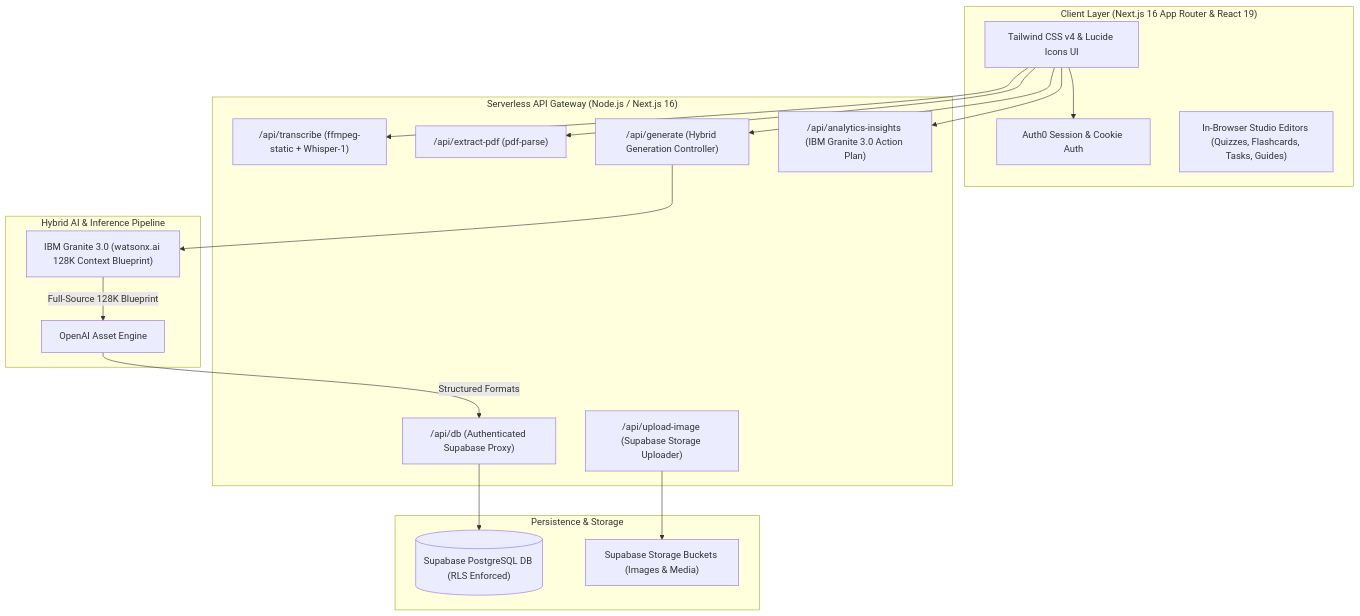
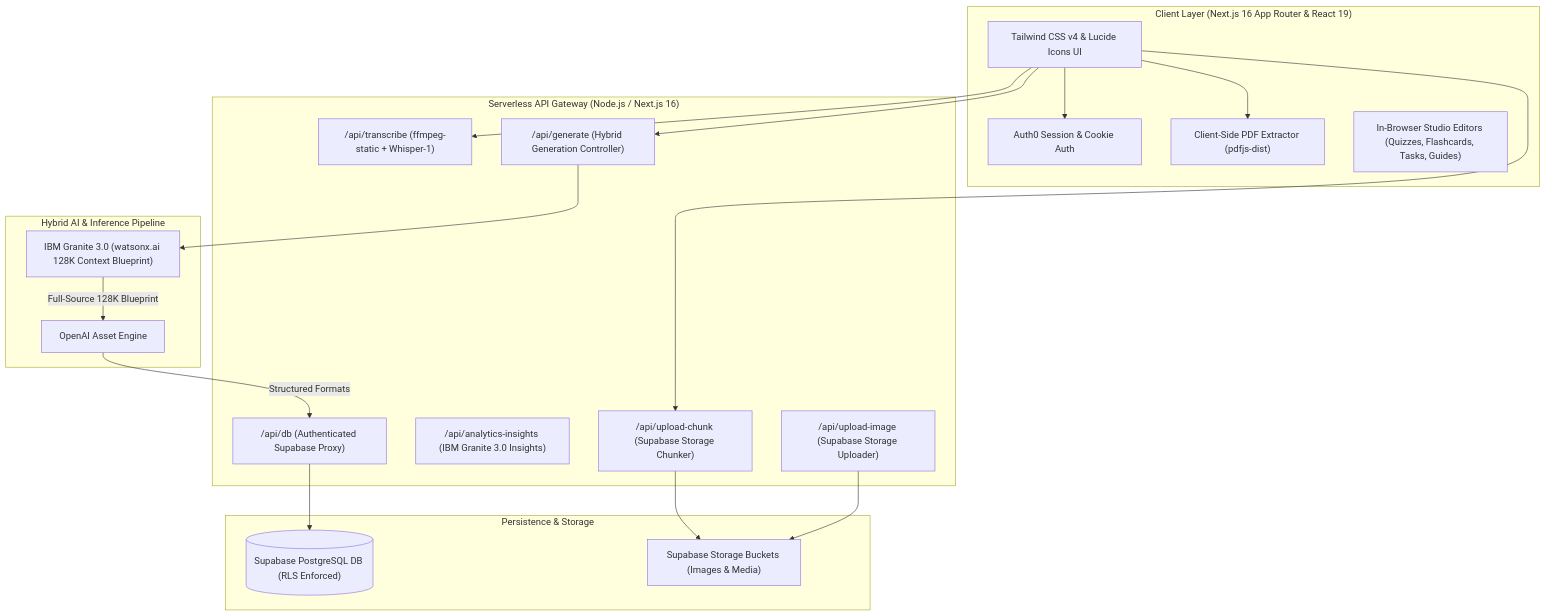
Before and after one commit to KaziRahimu123/EduTubers: the diagram in README.md, drawn with Mermaid. The commit also changed other lines of this file, not shown here.

````diff
--- a/README.md
+++ b/README.md
@@ -74,38 +73,41 @@
 ```mermaid
 flowchart TD
     subgraph Client ["Client Layer (Next.js 16 App Router & React 19)"]
         UI["Tailwind CSS v4 & Lucide Icons UI"]
         Auth0Client["Auth0 Session & Cookie Auth"]
+        PDFExtract["Client-Side PDF Extractor (pdfjs-dist)"]
         Editors["In-Browser Studio Editors (Quizzes, Flashcards, Tasks, Guides)"]
     end
 
     subgraph API ["Serverless API Gateway (Node.js / Next.js 16)"]
+        UploadChunkRoute["/api/upload-chunk (Supabase Storage Chunker)"]
         TranscribeRoute["/api/transcribe (ffmpeg-static + Whisper-1)"]
-        ExtractPdfRoute["/api/extract-pdf (pdf-parse)"]
         GenerateRoute["/api/generate (Hybrid Generation Controller)"]
-        AnalyticsRoute["/api/analytics-insights (IBM Granite 3.0 Action Plan)"]
+        AnalyticsRoute["/api/analytics-insights (IBM Granite 3.0 Insights)"]
         DBRoute["/api/db (Authenticated Supabase Proxy)"]
         UploadImgRoute["/api/upload-image (Supabase Storage Uploader)"]
     end
 
     subgraph AI ["Hybrid AI & Inference Pipeline"]
         Granite["IBM Granite 3.0 (watsonx.ai 128K Context Blueprint)"]
         OpenAIModel["OpenAI Asset Engine"]
     end
 
     subgraph Storage ["Persistence & Storage"]
         SupabaseDB[("Supabase PostgreSQL DB (RLS Enforced)")]
         SupabaseStorage["Supabase Storage Buckets (Images & Media)"]
     end
 
     UI --> Auth0Client
+    UI --> PDFExtract
+    UI --> UploadChunkRoute
+    UploadChunkRoute --> SupabaseStorage
     UI --> TranscribeRoute
-    UI --> ExtractPdfRoute
     UI --> GenerateRoute
-    UI --> AnalyticsRoute
     GenerateRoute --> Granite
     Granite -->|Full-Source 128K Blueprint| OpenAIModel
     OpenAIModel -->|Structured Formats| DBRoute
     DBRoute --> SupabaseDB
     UploadImgRoute --> SupabaseStorage
+
 ```
````
